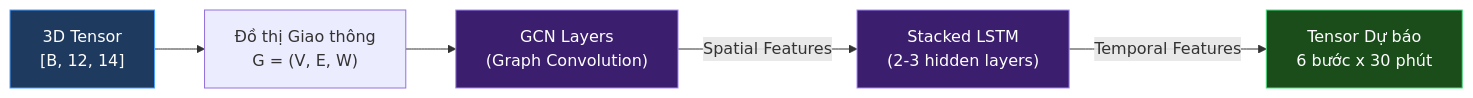
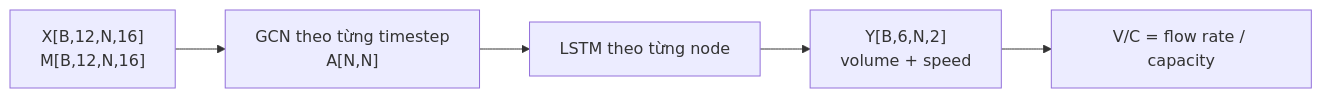
One commit to ukulevi/traffic-agent-assistant changed the first of 2 diagrams in docs/02_ML_and_Simulation_Specification.md. Above: the diagram before and after it, drawn with Mermaid. The commit also changed other lines of this file and 65 other files, not shown here.

````diff
--- a/docs/02_ML_and_Simulation_Specification.md
+++ b/docs/02_ML_and_Simulation_Specification.md
@@ -38,12 +22,7 @@
 ```mermaid
 flowchart LR
-    T["3D Tensor\n[B, 12, 14]"] --> G["Đồ thị Giao thông\nG = (V, E, W)"]
-    G --> GCN["GCN Layers\n(Graph Convolution)"]
-    GCN -->|"Spatial Features"| LSTM["Stacked LSTM\n(2-3 hidden layers)"]
-    LSTM -->|"Temporal Features"| PRED["Tensor Dự báo\n6 bước x 30 phút"]
-
-    style T fill:#1e3a5f,stroke:#4a9eff,color:#fff
-    style GCN fill:#3b1f6e,stroke:#a78bfa,color:#fff
-    style LSTM fill:#3b1f6e,stroke:#a78bfa,color:#fff
-    style PRED fill:#1a4d1a,stroke:#4ade80,color:#fff
+    X["X[B,12,N,16]\nM[B,12,N,16]"] --> GCN["GCN theo từng timestep\nA[N,N]"]
+    GCN --> LSTM["LSTM theo từng node"]
+    LSTM --> Y["Y[B,6,N,2]\nvolume + speed"]
+    Y --> VC["V/C = flow rate / capacity"]
 ```
````
